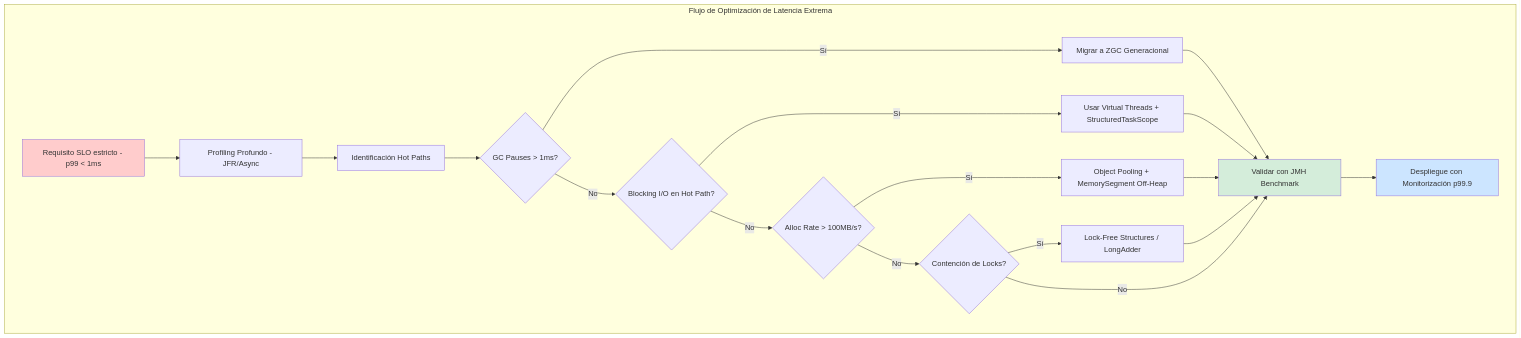
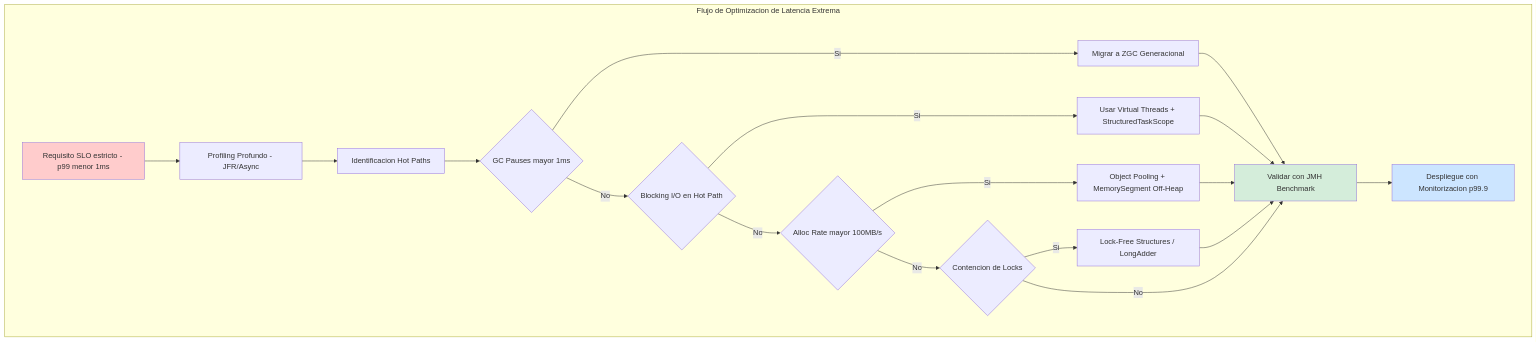
The first of 5 diagrams in 01_Java_Core/optimizacion_de_latencia_en_aplicaciones_java_de_baja_latencia_STAFF.md (Joaquinriosheredia/DAM-Java-Mastery), drawn with Mermaid before and after one commit. The commit also changed other lines of this file, not shown here.

Commit message:
optimizacion_de_latencia_en_aplicaciones_java_de_baja_latencia_STAFF.md

````diff
--- a/01_Java_Core/optimizacion_de_latencia_en_aplicaciones_java_de_baja_latencia_STAFF.md
+++ b/01_Java_Core/optimizacion_de_latencia_en_aplicaciones_java_de_baja_latencia_STAFF.md
@@ -39,31 +56,31 @@
 ```mermaid
 graph TD
-    subgraph "Flujo de Optimización de Latencia Extrema"
-        REQ[Requisito SLO estricto - p99 < 1ms] --> PROF[Profiling Profundo - JFR/Async]
-        PROF --> HOT[Identificación Hot Paths]
+    subgraph "Flujo de Optimizacion de Latencia Extrema"
+        REQ[Requisito SLO estricto - p99 menor 1ms] --> PROF[Profiling Profundo - JFR/Async]
+        PROF --> HOT[Identificacion Hot Paths]
         
-        HOT --> GC{GC Pauses > 1ms?}
-        GC -->|Sí| ZGC[Migrar a ZGC Generacional]
-        GC -->|No| CONC{Blocking I/O en Hot Path?}
+        HOT --> GC{GC Pauses mayor 1ms}
+        GC -->|Si| ZGC[Migrar a ZGC Generacional]
+        GC -->|No| CONC{Blocking I/O en Hot Path}
         
-        CONC -->|Sí| VT[Usar Virtual Threads + StructuredTaskScope]
-        CONC -->|No| ALLOC{Alloc Rate > 100MB/s?}
+        CONC -->|Si| VT[Usar Virtual Threads + StructuredTaskScope]
+        CONC -->|No| ALLOC{Alloc Rate mayor 100MB/s}
         
-        ALLOC -->|Sí| POOL[Object Pooling + MemorySegment Off-Heap]
-        ALLOC -->|No| LOCK{Contención de Locks?}
+        ALLOC -->|Si| POOL[Object Pooling + MemorySegment Off-Heap]
+        ALLOC -->|No| LOCK{Contencion de Locks}
         
-        LOCK -->|Sí| LFREE[Lock-Free Structures / LongAdder]
+        LOCK -->|Si| LFREE[Lock-Free Structures / LongAdder]
         LOCK -->|No| VALID[Validar con JMH Benchmark]
         
         ZGC --> VALID
         VT --> VALID
         POOL --> VALID
         LFREE --> VALID
         
-        VALID --> DEPLOY[Despliegue con Monitorización p99.9]
+        VALID --> DEPLOY[Despliegue con Monitorizacion p99.9]
     end
     
     style REQ fill:#ffcccc
     style VALID fill:#d4edda
     style DEPLOY fill:#cce5ff
 ```
````
